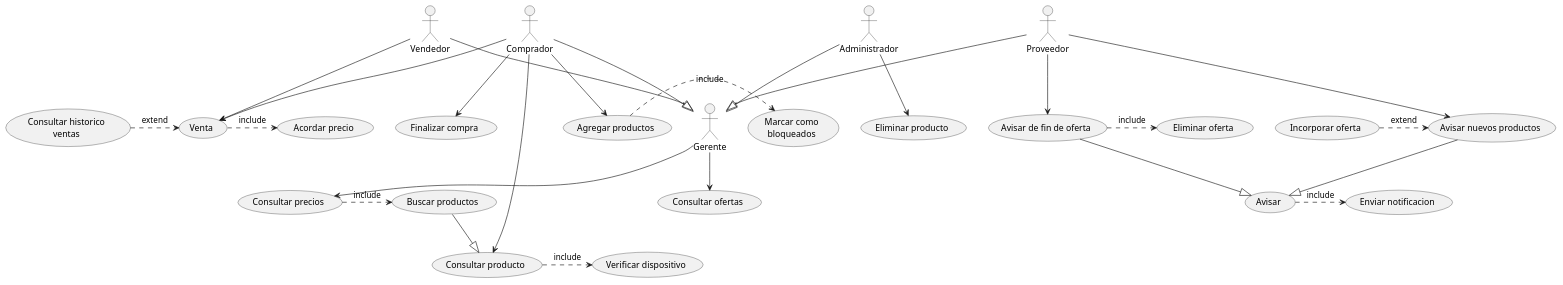
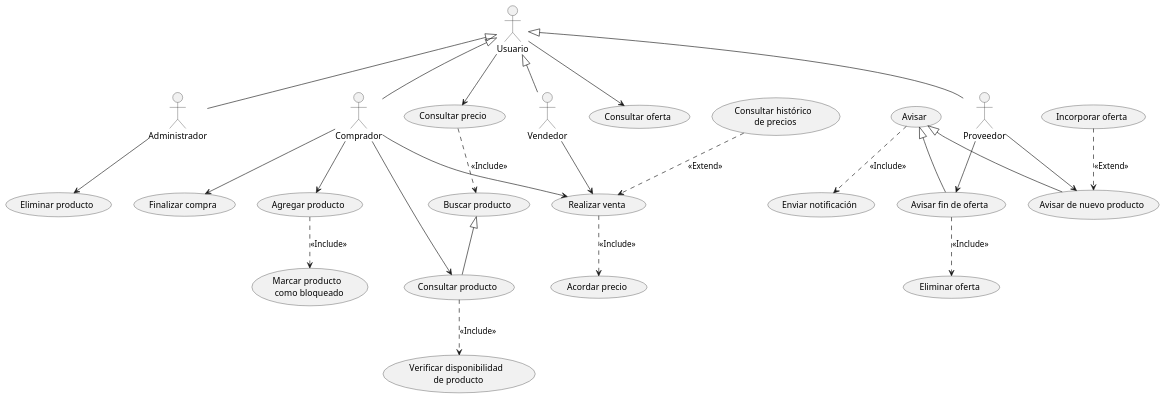
One commit to emg842/INRE-UAL-ROJO-2022 changed the diagram in LAB0/src/sistema_de_compras.puml. Above: the diagram before and after it, drawn with PlantUML.

Commit message:
Supuesto 2: Sistema de Compras

```diff
--- a/LAB0/src/sistema_de_compras.puml
+++ b/LAB0/src/sistema_de_compras.puml
@@ -1,57 +1,57 @@
 @startuml sistema_de_compras
 
+:Administrador: as A1
+:Comprador: as A2
+:Proveedor: as A3
+:Usuario: as A4
+:Vendedor: as A5
 
-(Venta)
-(Consultar historico\nventas) 
- (Acordar precio)
- (Eliminar producto)
- (Incorporar oferta)
- (Avisar)
- (Eliminar oferta)
- (Consultar precios)
- (Buscar productos)
- (Consultar producto)
- (Verificar dispositivo)
- (Finalizar compra)
- (Agregar productos)
- (Marcar como\nbloqueados)
+(Acordar precio) as UC1
+(Agregar producto)  as UC2
+(Avisar)  as UC3
+(Avisar de nuevo producto) as UC4
+(Avisar fin de oferta) as UC5
+(Buscar producto) as UC6
+(Consultar histórico \n de precios) as UC7
+(Consultar oferta) as UC8
+(Consultar precio) as UC9
+(Consultar producto) as UC10
+(Eliminar oferta) as UC11
+(Eliminar producto) as UC12
+(Enviar notificación) as UC13
+(Finalizar compra) as UC14
+(Incorporar oferta) as UC15
+(Marcar producto \n como bloqueado) as UC16
+(Realizar venta) as UC17
+(Verificar disponibilidad \n de producto) as UC18
 
-:Vendedor:
-:Comprador: 
-:Gerente:
-:Proveedor:
-:Administrador:
+A1 --> UC12
+A2 --> UC2
+A2 --> UC10
+A2 --> UC14
+A2 --> UC17
+A3 --> UC4
+A3 --> UC5
+A4 --> UC8
+A4 --> UC9
+A5 --> UC17
 
-Vendedor--|> Gerente
-Comprador--|> Gerente
-Administrador--|> Gerente
-Proveedor--|> Gerente
+A4 <|-- A1
+A4 <|-- A2
+A4 <|-- A3
+A4 <|-- A5
+UC3 <|-- UC4
+UC3 <|-- UC5
+UC6 <|-- UC10
 
-Gerente -->(Consultar ofertas)
-Gerente -->(Consultar precios)
-Vendedor -->(Venta)
-Comprador -->(Venta)
-Comprador -->(Agregar productos)
-Comprador -->(Finalizar compra)
-Comprador -->(Consultar producto)
-Proveedor -->(Avisar nuevos productos)
-Proveedor -->(Avisar de fin de oferta)
-Administrador -->(Eliminar producto)
+UC7 ..> UC17 : <<Extend>>
+UC15 ..> UC4 : <<Extend>>
 
-
-(Buscar productos) --|> (Consultar producto)
-(Avisar nuevos productos) --|> (Avisar)
-(Avisar de fin de oferta) --|> (Avisar)
-(Consultar precios) .> (Buscar productos) : include
-(Consultar producto) .> (Verificar dispositivo) : include
-(Avisar) .> (Enviar notificacion) : include
-(Avisar de fin de oferta) .> (Eliminar oferta) : include
-(Agregar productos) .> (Marcar como\nbloqueados) : include
-(Venta) .> (Acordar precio) : include
-(Incorporar oferta) .> (Avisar nuevos productos) : extend
-(Consultar historico\nventas) .> (Venta) : extend
-
-
-
+UC2 ..> UC16 : <<Include>>
+UC3 ..> UC13 : <<Include>>
+UC5 ..> UC11 : <<Include>>
+UC9 ..> UC6 : <<Include>>
+UC10 ..> UC18 : <<Include>>
+UC17 ..> UC1 : <<Include>>
 
 @enduml
```
